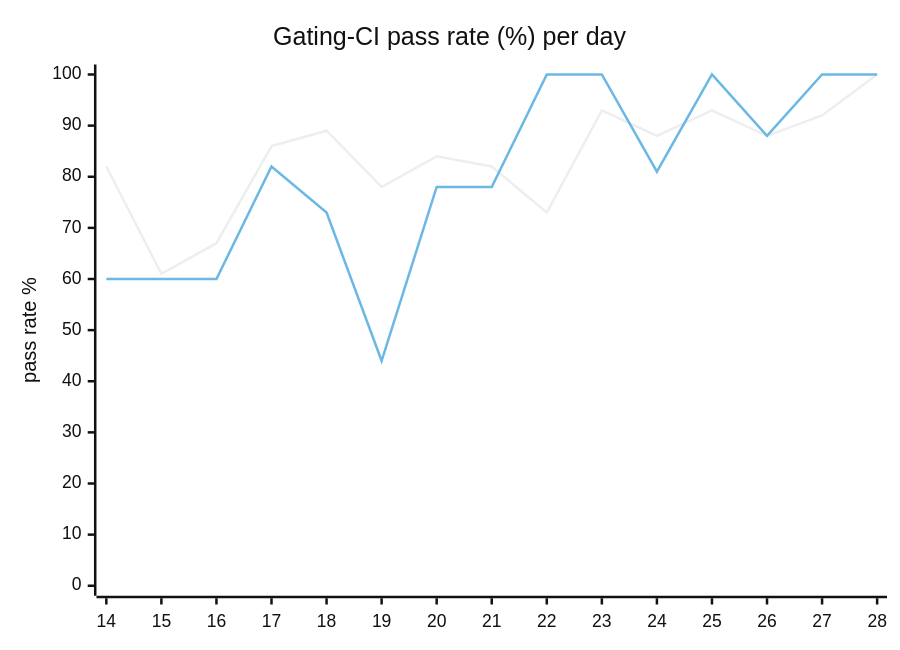
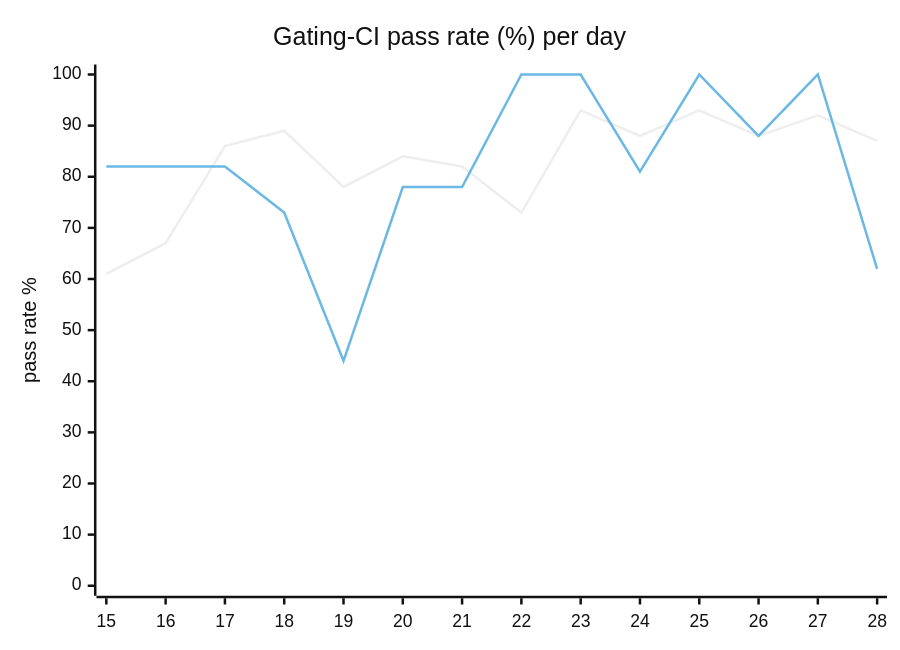
One commit to hatchet-dev/hatchet changed the diagram in hack/ci/ci-dashboard/staging/issue.md. Above: the diagram before and after it, drawn with Mermaid (neutral theme). The commit also changed other lines of this file, not shown here.

````diff
--- a/hack/ci/ci-dashboard/staging/issue.md
+++ b/hack/ci/ci-dashboard/staging/issue.md
@@ -9,8 +9,8 @@
 ```mermaid
 xychart-beta
   title "Gating-CI pass rate (%) per day"
-  x-axis [14, 15, 16, 17, 18, 19, 20, 21, 22, 23, 24, 25, 26, 27, 28]
+  x-axis [15, 16, 17, 18, 19, 20, 21, 22, 23, 24, 25, 26, 27, 28]
   y-axis "pass rate %" 0 --> 100
-  line "CI" [82, 61, 67, 86, 89, 78, 84, 82, 73, 93, 88, 93, 88, 92, 100]
-  line "main" [60, 60, 60, 82, 73, 44, 78, 78, 100, 100, 81, 100, 88, 100, 100]
+  line "CI" [61, 67, 86, 89, 78, 84, 82, 73, 93, 88, 93, 88, 92, 87]
+  line "main" [82, 82, 82, 73, 44, 78, 78, 100, 100, 81, 100, 88, 100, 62]
 ```
````
